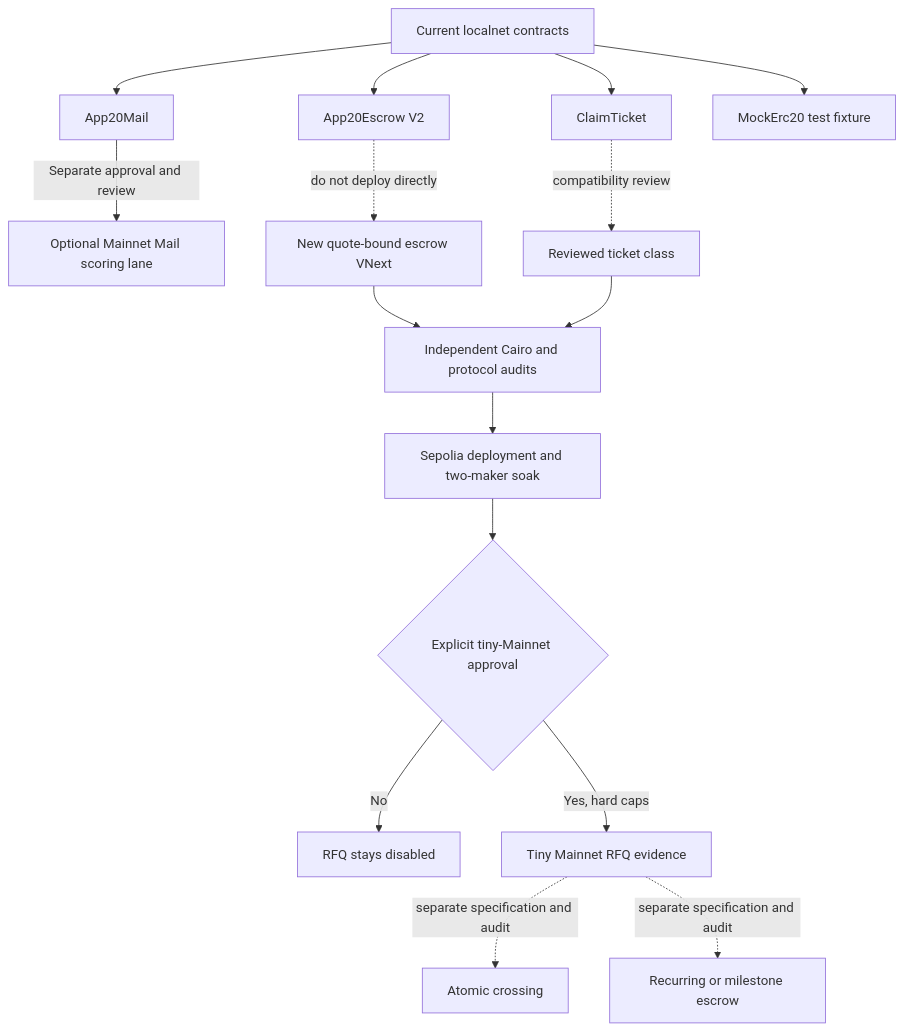
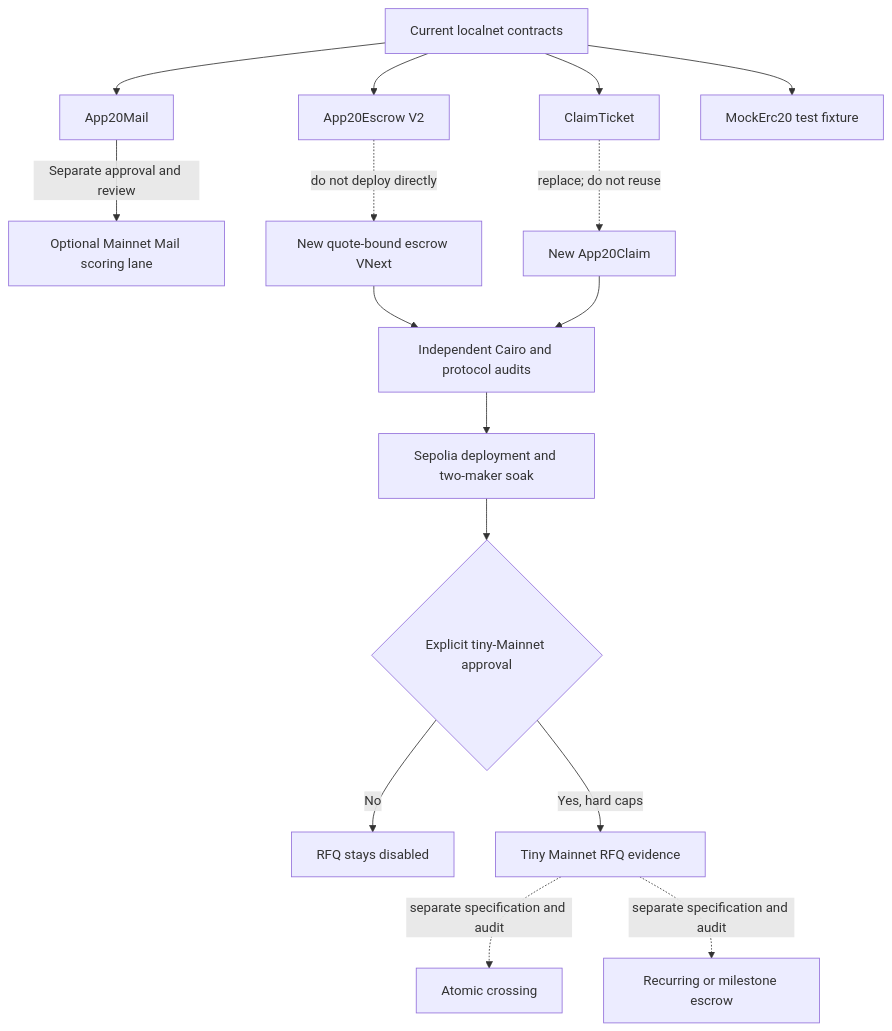
One commit to gstohl/app20 changed the seventh of 8 diagrams in docs/APP20_PROCESS_DIAGRAMS.md. Above: the diagram before and after it, drawn with Mermaid. The commit also changed other lines of this file and 212 other files, not shown here.

````diff
--- a/docs/APP20_PROCESS_DIAGRAMS.md
+++ b/docs/APP20_PROCESS_DIAGRAMS.md
@@ -175,21 +175,21 @@
 ```mermaid
 flowchart TD
     L[Current localnet contracts] --> LM[App20Mail]
     L --> LE[App20Escrow V2]
     L --> CT[ClaimTicket]
     L --> ME[MockErc20 test fixture]
 
     LM -->|Separate approval and review| MS[Optional Mainnet Mail scoring lane]
     LE -. do not deploy directly .-> VN[New quote-bound escrow VNext]
-    CT -. compatibility review .-> TN[Reviewed ticket class]
+    CT -. replace; do not reuse .-> TN[New App20Claim]
 
     VN --> A1[Independent Cairo and protocol audits]
     TN --> A1
     A1 --> S[Sepolia deployment and two-maker soak]
     S --> H{Explicit tiny-Mainnet approval}
     H -->|No| STOP[RFQ stays disabled]
     H -->|Yes, hard caps| MM[Tiny Mainnet RFQ evidence]
 
     MM -. separate specification and audit .-> AX[Atomic crossing]
     MM -. separate specification and audit .-> RE[Recurring or milestone escrow]
 ```
````
